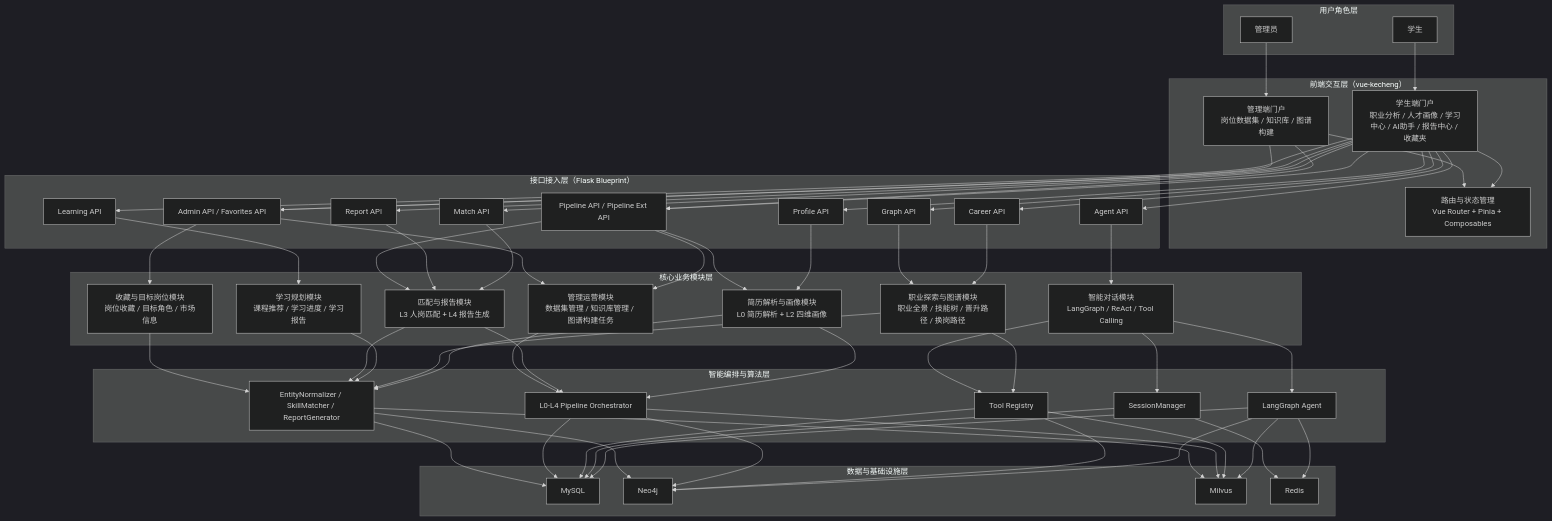
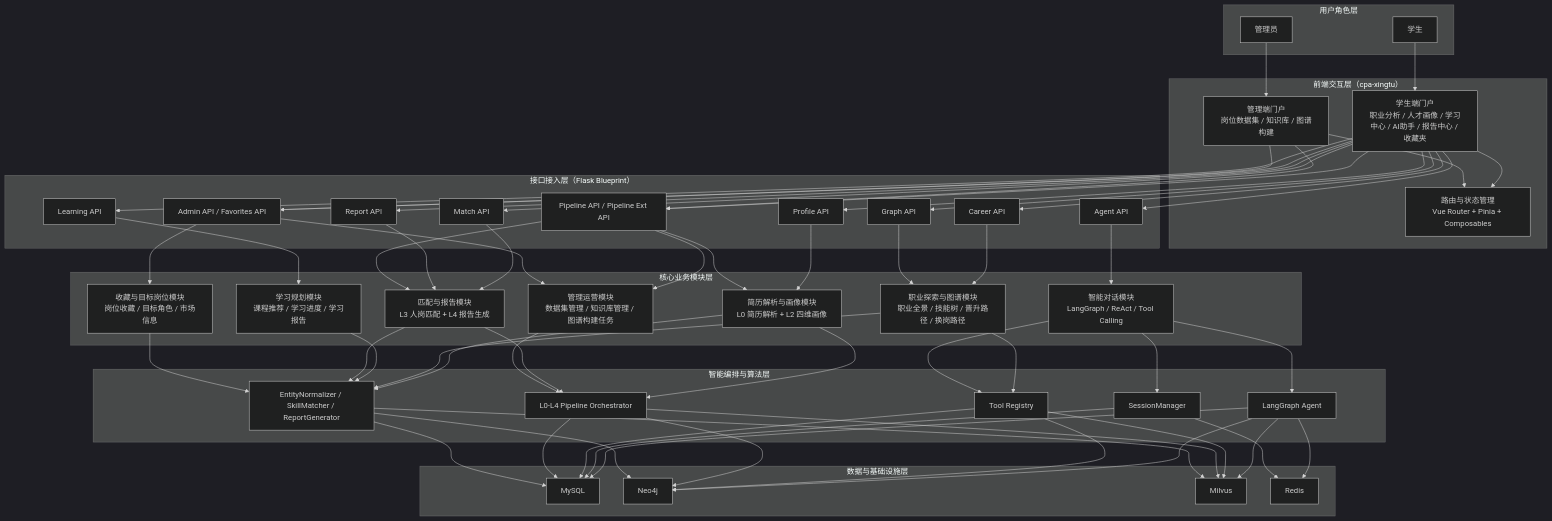
One commit to WHaoxM/cpa-agent-demo changed the second of 8 diagrams in system_architecture.md. Above: the diagram before and after it, drawn with Mermaid (dark theme). The commit also changed other lines of this file and 6 other files, not shown here.

First line of the commit message:
docs: rename frontend repo to cpa-xingtu

````diff
--- a/system_architecture.md
+++ b/system_architecture.md
@@ -245,82 +245,82 @@
 ```mermaid
 flowchart TB
     subgraph U["用户角色层"]
         U1[学生]
         U2[管理员]
     end
 
-    subgraph F["前端交互层（vue-kecheng）"]
+    subgraph F["前端交互层（cpa-xingtu）"]
         F1[学生端门户<br/>职业分析 / 人才画像 / 学习中心 / AI助手 / 报告中心 / 收藏夹]
         F2[管理端门户<br/>岗位数据集 / 知识库 / 图谱构建]
         F3[路由与状态管理<br/>Vue Router + Pinia + Composables]
     end
 
     subgraph G["接口接入层（Flask Blueprint）"]
         G1[Profile API]
         G2[Career API]
         G3[Graph API]
         G4[Learning API]
         G5[Match API]
         G6[Report API]
         G7[Agent API]
         G8[Pipeline API / Pipeline Ext API]
         G9[Admin API / Favorites API]
     end
 
     subgraph B["核心业务模块层"]
         B1[简历解析与画像模块<br/>L0 简历解析 + L2 四维画像]
         B2[职业探索与图谱模块<br/>职业全景 / 技能树 / 晋升路径 / 换岗路径]
         B3[学习规划模块<br/>课程推荐 / 学习进度 / 学习报告]
         B4[匹配与报告模块<br/>L3 人岗匹配 + L4 报告生成]
         B5[智能对话模块<br/>LangGraph / ReAct / Tool Calling]
         B6[管理运营模块<br/>数据集管理 / 知识库管理 / 图谱构建任务]
         B7[收藏与目标岗位模块<br/>岗位收藏 / 目标角色 / 市场信息]
     end
 
     subgraph O["智能编排与算法层"]
         O1[LangGraph Agent]
         O2[SessionManager]
         O3[Tool Registry]
         O4[L0-L4 Pipeline Orchestrator]
         O5[EntityNormalizer / SkillMatcher / ReportGenerator]
     end
 
     subgraph D["数据与基础设施层"]
         D1[MySQL]
         D2[Neo4j]
         D3[Milvus]
         D4[Redis]
     end
 
     U1 --> F1
     U2 --> F2
     F1 --> F3
     F2 --> F3
 
     F1 --> G1 & G2 & G3 & G4 & G5 & G6 & G7 & G8 & G9
     F2 --> G8 & G9
 
     G1 --> B1
     G2 --> B2
     G3 --> B2
     G4 --> B3
     G5 --> B4
     G6 --> B4
     G7 --> B5
     G8 --> B1 & B4 & B6
     G9 --> B6 & B7
 
     B1 --> O4 & O5
     B2 --> O3 & O5
     B3 --> O5
     B4 --> O4 & O5
     B5 --> O1 & O2 & O3
     B6 --> O4
     B7 --> O5
 
     O1 --> D1 & D2 & D3 & D4
     O2 --> D1 & D4
     O3 --> D1 & D2 & D3
     O4 --> D1 & D2 & D3
     O5 --> D1 & D2 & D3
 ```
````
